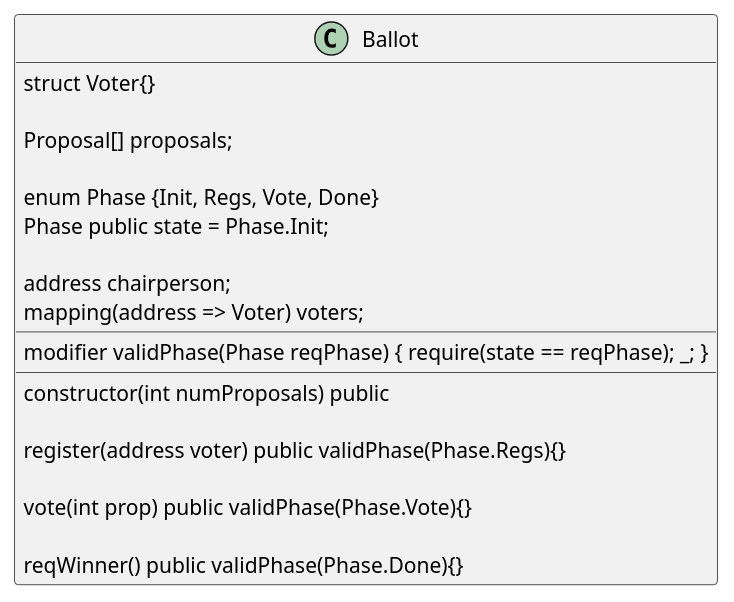
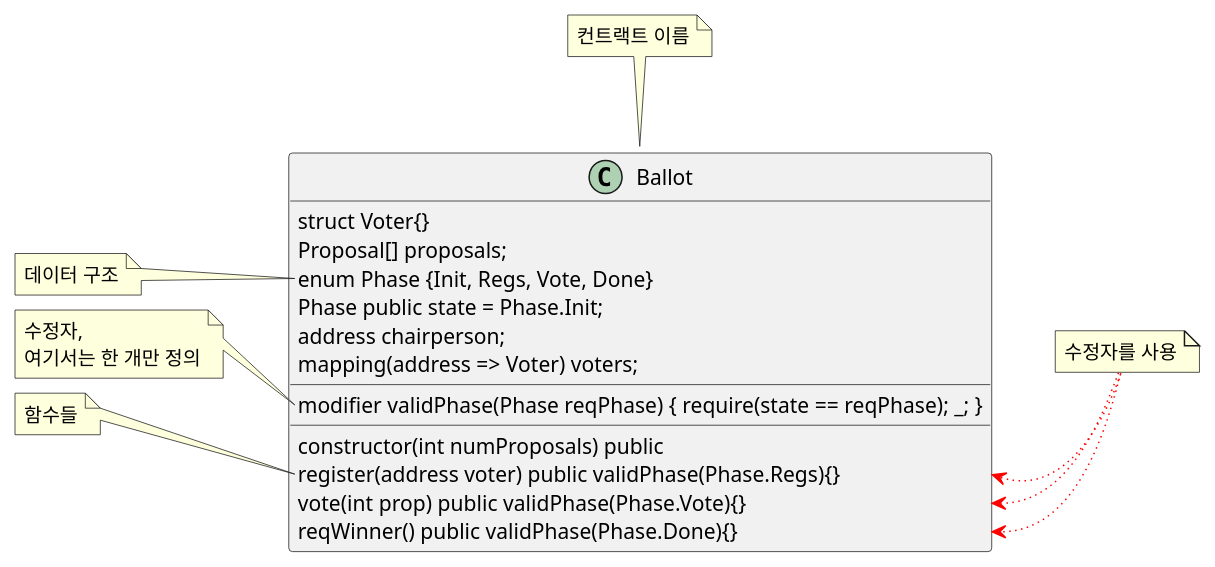
Before and after one commit to jinagada/truffle-sample: the diagram in sample-src/CH03/Ballot-class.puml, drawn with PlantUML. The commit also changed 4 other files, not shown here.

Commit message:
UML 변경 및 추가

```diff
--- a/sample-src/CH03/Ballot-class.puml
+++ b/sample-src/CH03/Ballot-class.puml
@@ -1,26 +1,38 @@
 @startuml
 'https://plantuml.com/class-diagram
 
 class Ballot {
     struct Voter{}
-
     Proposal[] proposals;
-
     enum Phase {Init, Regs, Vote, Done}
     Phase public state = Phase.Init;
-
     address chairperson;
     mapping(address => Voter) voters;
     __
     modifier validPhase(Phase reqPhase) { require(state == reqPhase); _; }
     __
     constructor(int numProposals) public
-
     register(address voter) public validPhase(Phase.Regs){}
-
     vote(int prop) public validPhase(Phase.Vote){}
-
     reqWinner() public validPhase(Phase.Done){}
 }
 
+note top of Ballot
+컨트랙트 이름
+end note
+note left of Ballot::enum
+데이터 구조
+end note
+note left of Ballot::modifier
+수정자,
+여기서는 한 개만 정의
+end note
+note left of Ballot::register
+함수들
+end note
+note "수정자를 사용" as N1
+N1 -left-> Ballot::register #red;line.dotted;
+N1 --> Ballot::vote #red;line.dotted;
+N1 --> Ballot::reqWinner #red;line.dotted;
+
 @enduml
```
